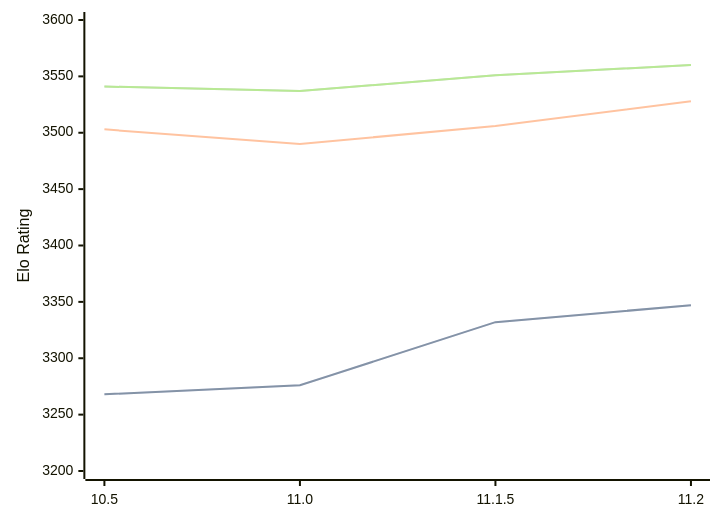
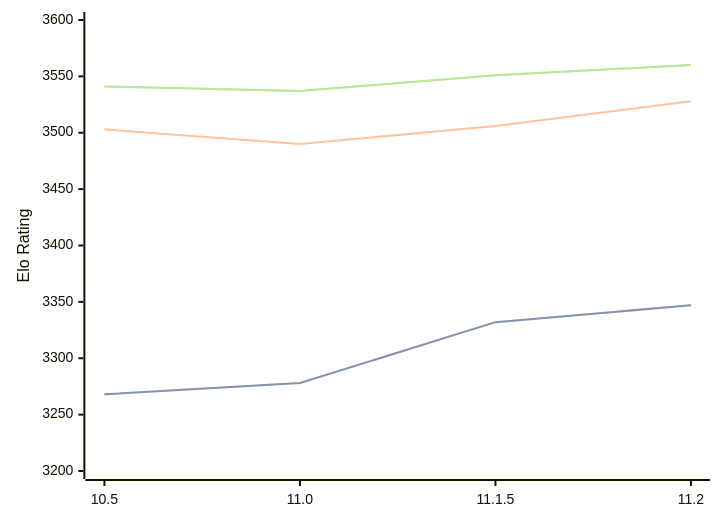
One commit to computer-chess-index/cci changed the diagram in engines/Lizard.md. Above: the diagram before and after it, drawn with Mermaid. The commit also changed other lines of this file, not shown here.

````diff
--- a/engines/Lizard.md
+++ b/engines/Lizard.md
@@ -46,11 +46,11 @@
 ```mermaid
 %%{init: {"theme":"base","themeVariables":{"seriesColors:['#a3a3a3','#222221','#faa371']}}}%%
 xychart-beta
   x-axis ["10.5", "11.0", "11.1.5", "11.2"]
   y-axis "Elo Rating" 3200 --> 3600
-  line "STC (8.0+0.08s)" [3268, 3276, 3332, 3347]
-  line "STC (8.0+0.08s)" [3268, 3276, 3332, 3347]
+  line "STC (8.0+0.08s)" [3268, 3278, 3332, 3347]
+  line "STC (8.0+0.08s)" [3268, 3278, 3332, 3347]
   line "LTC (60.0+0.60s)" [3503, 3490, 3506, 3528]
   line "VLTC (2m24s+1.12s)" [3541, 3537, 3551, 3560]
   line "VLTC (2m24s+1.12s)" [3541, 3537, 3551, 3560]
 ```
````
